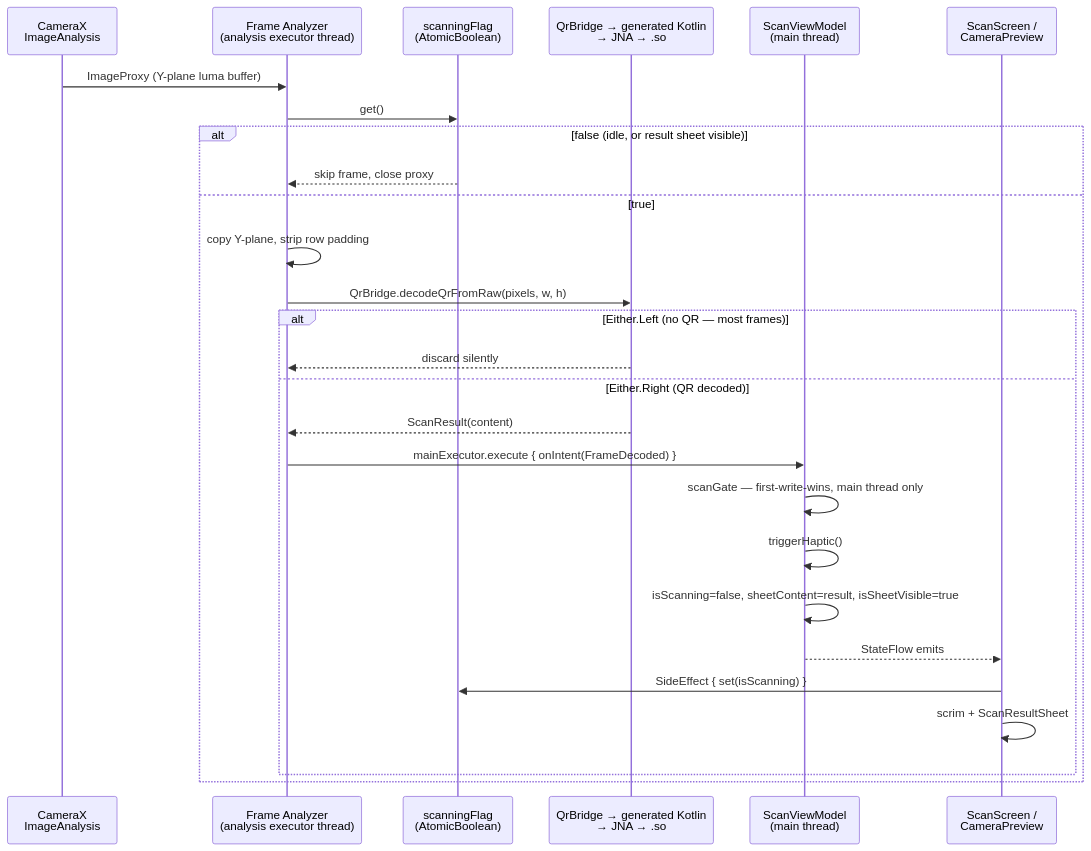
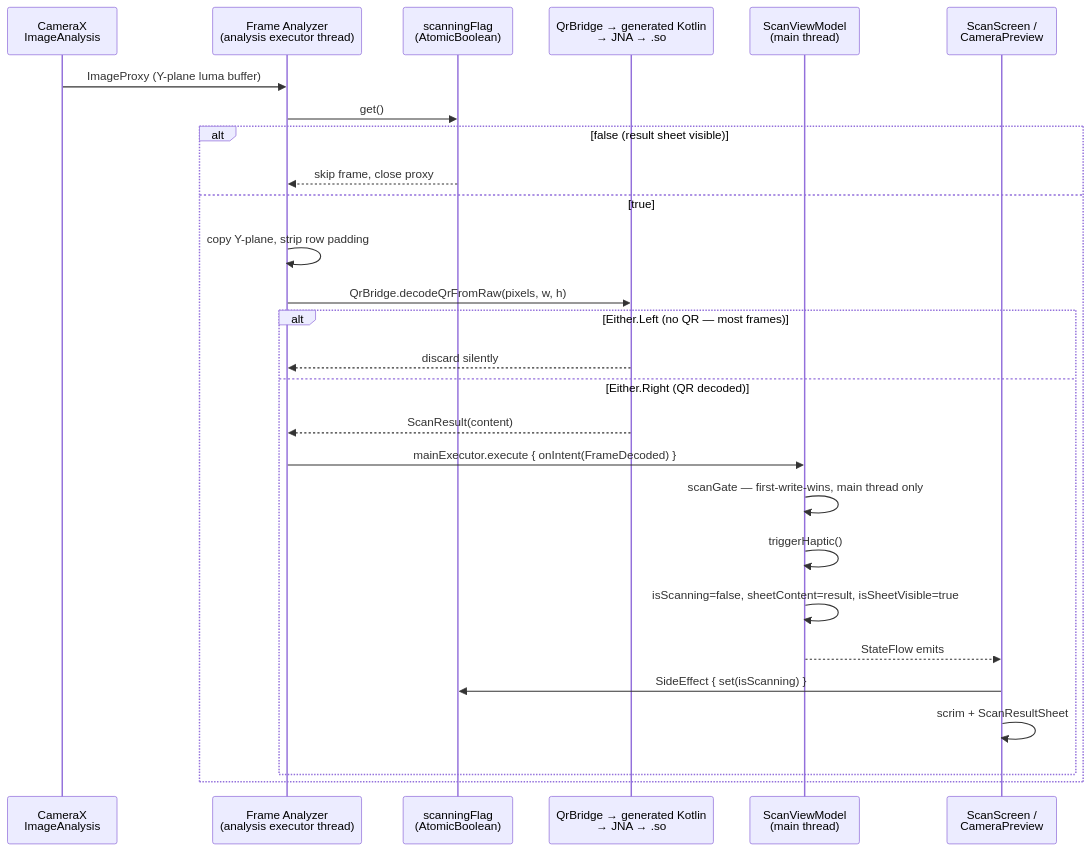
The first of 3 diagrams in composeApp/src/androidMain/README.md (prasannajeet/RustyQR), drawn with Mermaid before and after one commit. The commit also changed other lines of this file and 7 other files, not shown here.

````diff
--- a/composeApp/src/androidMain/README.md
+++ b/composeApp/src/androidMain/README.md
@@ -138,30 +138,30 @@
 ```mermaid
 sequenceDiagram
     participant CAM as CameraX<br/>ImageAnalysis
     participant ANA as Frame Analyzer<br/>(analysis executor thread)
     participant FLAG as scanningFlag<br/>(AtomicBoolean)
     participant JNI as QrBridge → generated Kotlin<br/>→ JNA → .so
     participant VM as ScanViewModel<br/>(main thread)
     participant UI as ScanScreen /<br/>CameraPreview
 
     CAM->>ANA: ImageProxy (Y-plane luma buffer)
     ANA->>FLAG: get()
-    alt false (idle, or result sheet visible)
+    alt false (result sheet visible)
         FLAG-->>ANA: skip frame, close proxy
     else true
         ANA->>ANA: copy Y-plane, strip row padding
         ANA->>JNI: QrBridge.decodeQrFromRaw(pixels, w, h)
         alt Either.Left (no QR — most frames)
             JNI-->>ANA: discard silently
         else Either.Right (QR decoded)
             JNI-->>ANA: ScanResult(content)
             ANA->>VM: mainExecutor.execute { onIntent(FrameDecoded) }
             VM->>VM: scanGate — first-write-wins, main thread only
             VM->>VM: triggerHaptic()
             VM->>VM: isScanning=false, sheetContent=result, isSheetVisible=true
             VM-->>UI: StateFlow emits
             UI->>FLAG: SideEffect { set(isScanning) }
             UI->>UI: scrim + ScanResultSheet
         end
     end
 ```
````
